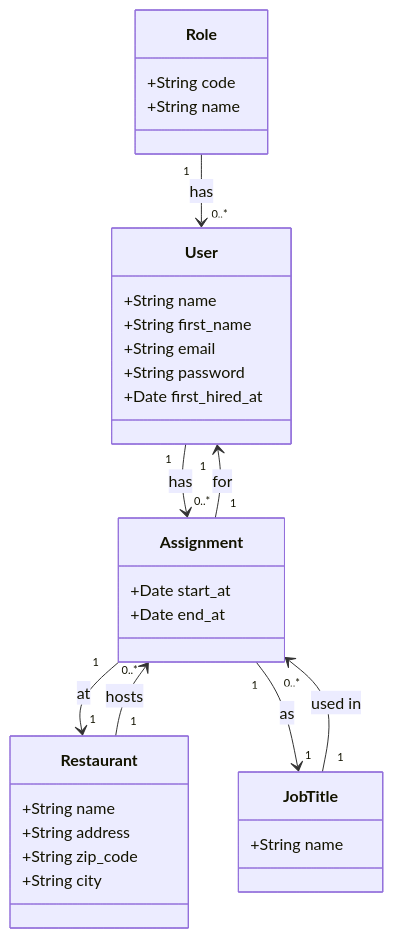
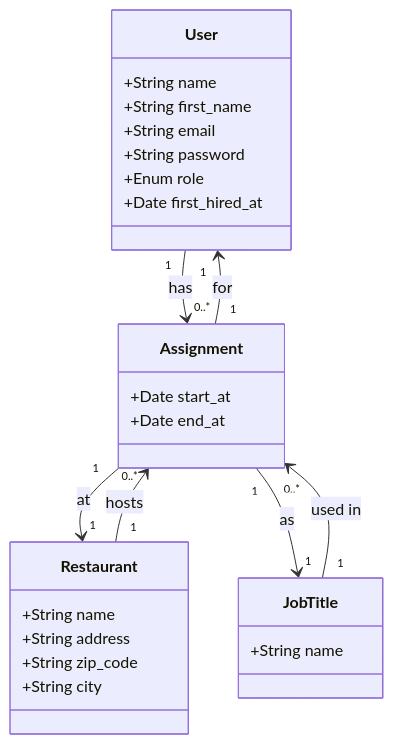
One commit to fhelenne/wacdo changed the second of 3 diagrams in doc/1_Spécifications.md. Above: the diagram before and after it, drawn with Mermaid. The commit also changed other lines of this file and 22 other files, not shown here.

````diff
--- a/doc/1_Spécifications.md
+++ b/doc/1_Spécifications.md
@@ -88,78 +87,68 @@
 ```mermaid
 classDiagram
 
 class User {
 
 +String name
 
 +String first_name
 
 +String email
 
 +String password
 
++Enum role
+
 +Date first_hired_at
-
-}
-
-  
-
-class Role {
-
-+String code
-
-+String name
 
 }
 
   
 
 class JobTitle {
 
 +String name
 
 }
 
   
 
 class Restaurant {
 
 +String name
 
 +String address
 
 +String zip_code
 
 +String city
 
 }
 
   
 
 class Assignment {
 
 +Date start_at
 
 +Date end_at
 
 }
 
   
 
 %% Relations
 
-Role "1" --> "0..*" User : has
-
 User "1" --> "0..*" Assignment : has
 
 Restaurant "1" --> "0..*" Assignment : hosts
 
 JobTitle "1" --> "0..*" Assignment : used in
 
 Assignment "1" --> "1" User : for
 
 Assignment "1" --> "1" Restaurant : at
 
 Assignment "1" --> "1" JobTitle : as
 
 ```
````
